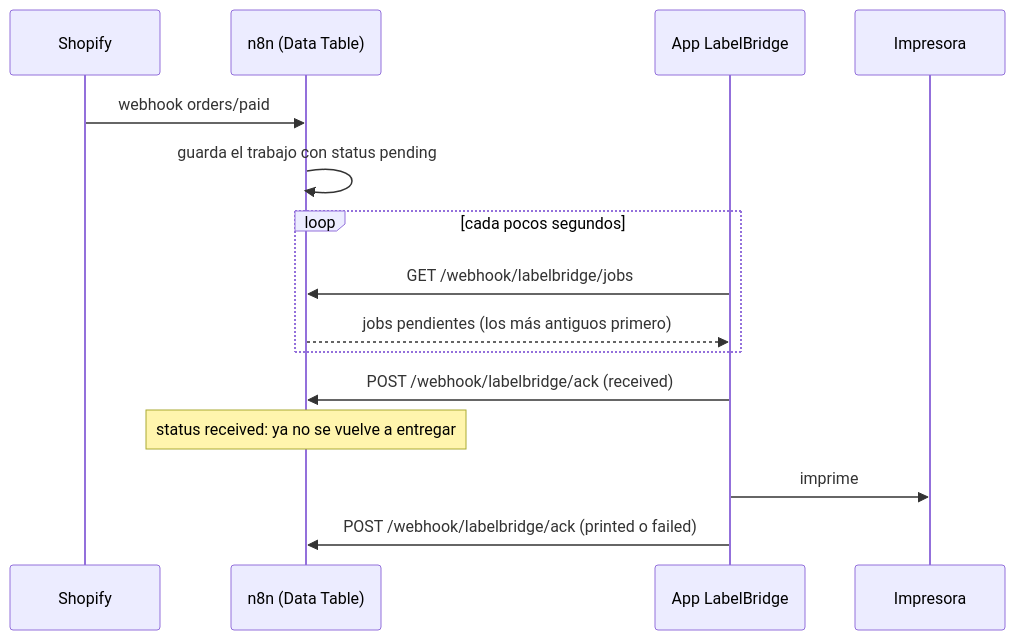
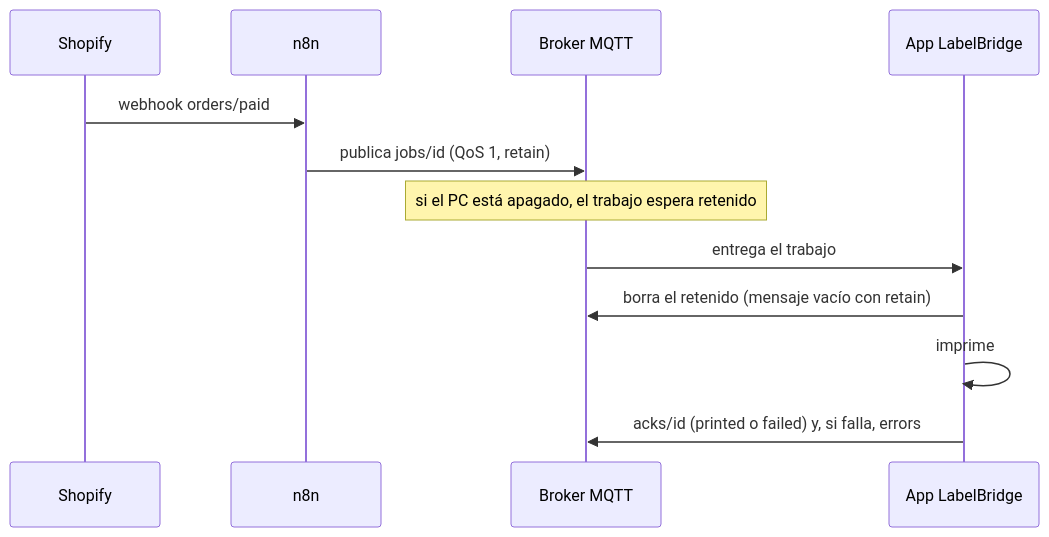
Before and after one commit to morghullis/labelbridge: the second of 2 diagrams in n8n/README.md, drawn with Mermaid. The commit also changed other lines of this file and 3 other files, not shown here.

````diff
--- a/n8n/README.md
+++ b/n8n/README.md
@@ -50,17 +42,14 @@
 ```mermaid
 sequenceDiagram
     participant S as Shopify
-    participant N as n8n (Data Table)
+    participant N as n8n
+    participant B as Broker MQTT
     participant A as App LabelBridge
-    participant P as Impresora
     S->>N: webhook orders/paid
-    N->>N: guarda el trabajo con status pending
-    loop cada pocos segundos
-        A->>N: GET /webhook/labelbridge/jobs
-        N-->>A: jobs pendientes (los más antiguos primero)
-    end
-    A->>N: POST /webhook/labelbridge/ack (received)
-    Note over N: status received: ya no se vuelve a entregar
-    A->>P: imprime
-    A->>N: POST /webhook/labelbridge/ack (printed o failed)
+    N->>B: publica jobs/id (QoS 1, retain)
+    Note over B: si el PC está apagado, el trabajo espera retenido
+    B->>A: entrega el trabajo
+    A->>B: borra el retenido (mensaje vacío con retain)
+    A->>A: imprime
+    A->>B: acks/id (printed o failed) y, si falla, errors
 ```
````
